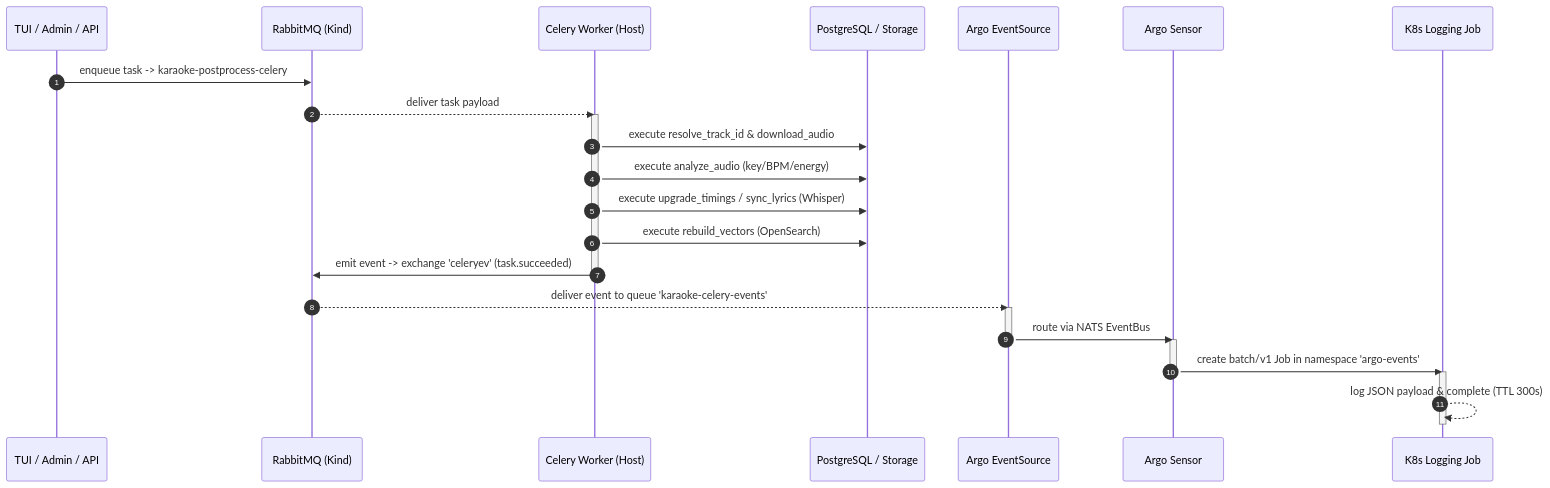
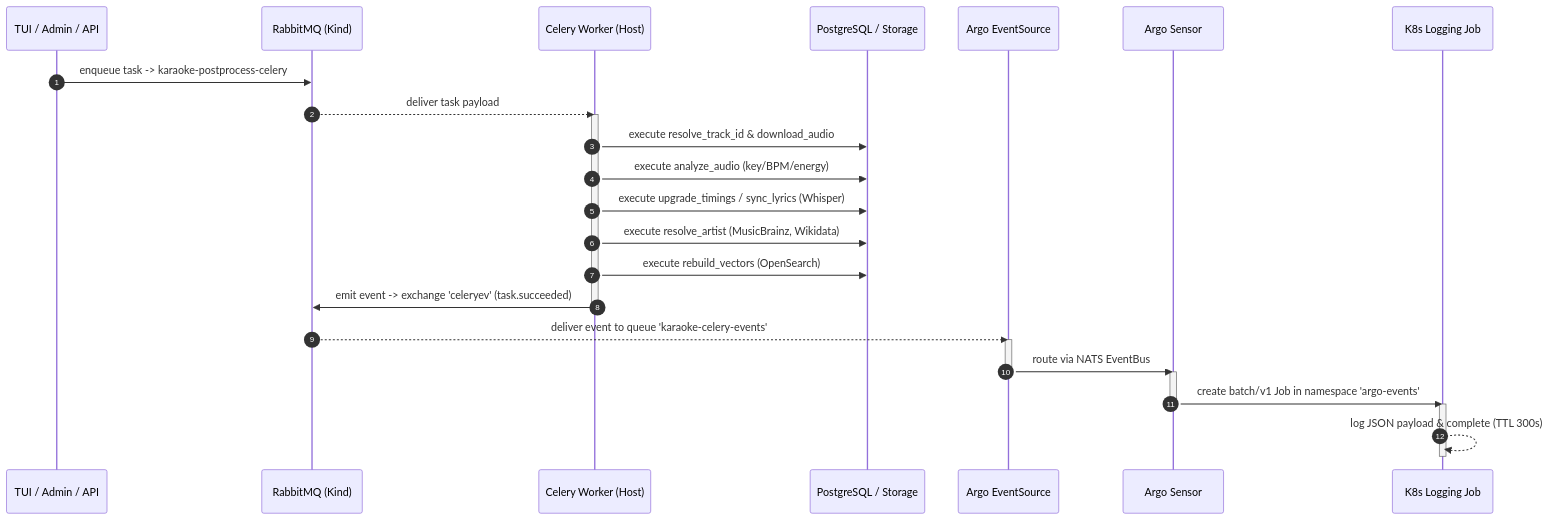
One commit to violetina/karaoke changed the second of 2 diagrams in docs/platform-services.md. Above: the diagram before and after it, drawn with Mermaid. The commit also changed 11 other files, not shown here.

````diff
--- a/docs/platform-services.md
+++ b/docs/platform-services.md
@@ -195,31 +195,32 @@
 ```mermaid
 sequenceDiagram
     autonumber
     participant App as TUI / Admin / API
     participant RMQ as RabbitMQ (Kind)
     participant HostWorker as Celery Worker (Host)
     participant Store as PostgreSQL / Storage
     participant ES as Argo EventSource
     participant Sensor as Argo Sensor
     participant Job as K8s Logging Job
 
     App->>RMQ: enqueue task -> karaoke-postprocess-celery
     RMQ-->>HostWorker: deliver task payload
     activate HostWorker
     HostWorker->>Store: execute resolve_track_id & download_audio
     HostWorker->>Store: execute analyze_audio (key/BPM/energy)
     HostWorker->>Store: execute upgrade_timings / sync_lyrics (Whisper)
+    HostWorker->>Store: execute resolve_artist (MusicBrainz, Wikidata)
     HostWorker->>Store: execute rebuild_vectors (OpenSearch)
     HostWorker->>RMQ: emit event -> exchange 'celeryev' (task.succeeded)
     deactivate HostWorker
     RMQ-->>ES: deliver event to queue 'karaoke-celery-events'
     activate ES
     ES->>Sensor: route via NATS EventBus
     deactivate ES
     activate Sensor
     Sensor->>Job: create batch/v1 Job in namespace 'argo-events'
     deactivate Sensor
     activate Job
     Job-->>Job: log JSON payload & complete (TTL 300s)
     deactivate Job
 ```
````
